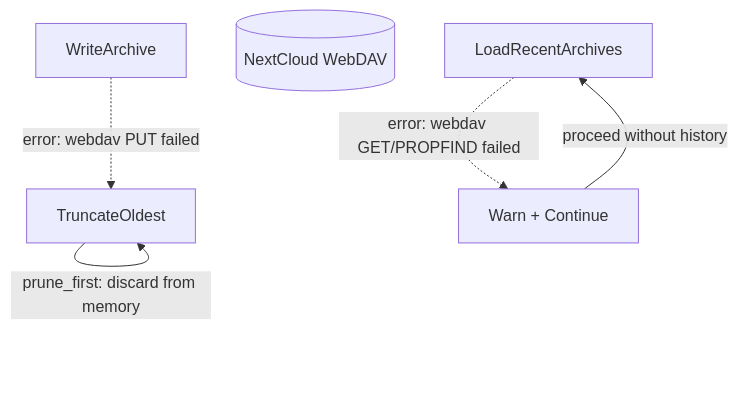
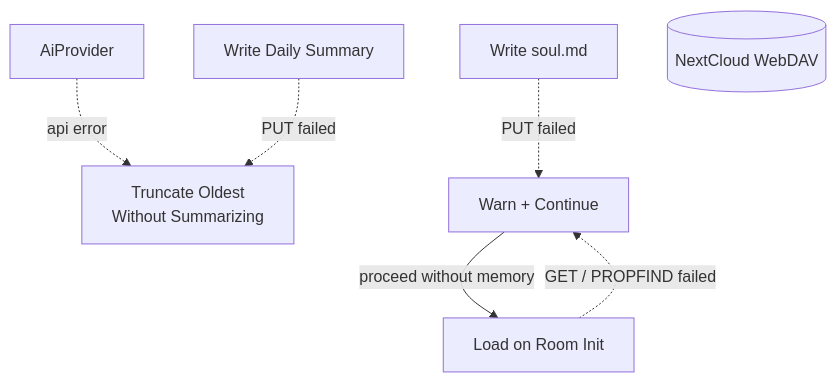
The fifth of 6 diagrams in _dfds/base/memory.md (cosmoswafer/rockbot), drawn with Mermaid before and after one commit. The commit also changed other lines of this file and 2 other files, not shown here.

First line of the commit message:
dfd: redesign memory into three-layer architecture (chat history, daily summaries, soul)

````diff
--- a/_dfds/base/memory.md
+++ b/_dfds/base/memory.md
@@ -75,13 +161,16 @@
 ```mermaid
 flowchart TD
-    ARCHIVE[WriteArchive]
-    WEBDAV[(NextCloud WebDAV)]
-    TRUNCATE[TruncateOldest]
-    LOAD[LoadRecentArchives]
+    AI[AiProvider]
+    L2_WRITE[Write Daily Summary]
+    SOUL_WRITE[Write soul.md]
+    DAV[(NextCloud WebDAV)]
+    LOAD[Load on Room Init]
+    FALLBACK[Truncate Oldest<br/>Without Summarizing]
     WARN[Warn + Continue]
 
-    ARCHIVE -.->|"error: webdav PUT failed"| TRUNCATE
-    TRUNCATE -->|"prune_first: discard from memory"| TRUNCATE
-    LOAD -.->|"error: webdav GET/PROPFIND failed"| WARN
-    WARN -->|"proceed without history"| LOAD
+    AI -.->|"api error"| FALLBACK
+    L2_WRITE -.->|"PUT failed"| FALLBACK
+    SOUL_WRITE -.->|"PUT failed"| WARN
+    LOAD -.->|"GET / PROPFIND failed"| WARN
+    WARN -->|"proceed without memory"| LOAD
 ```
````
